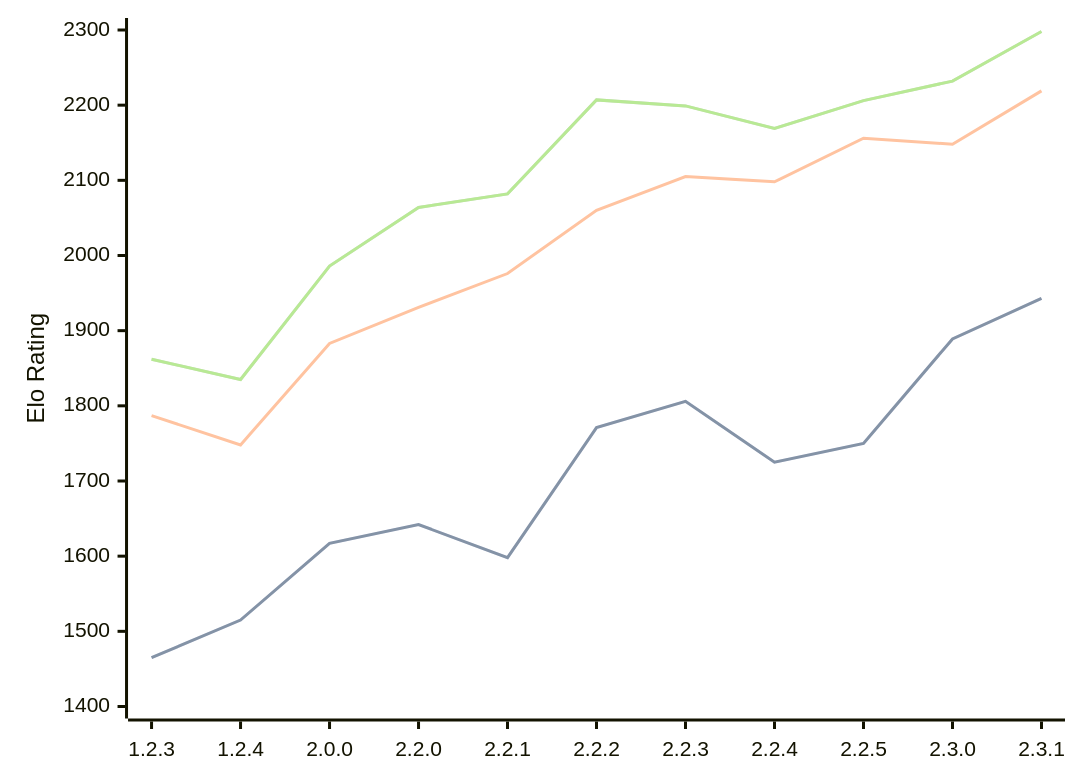
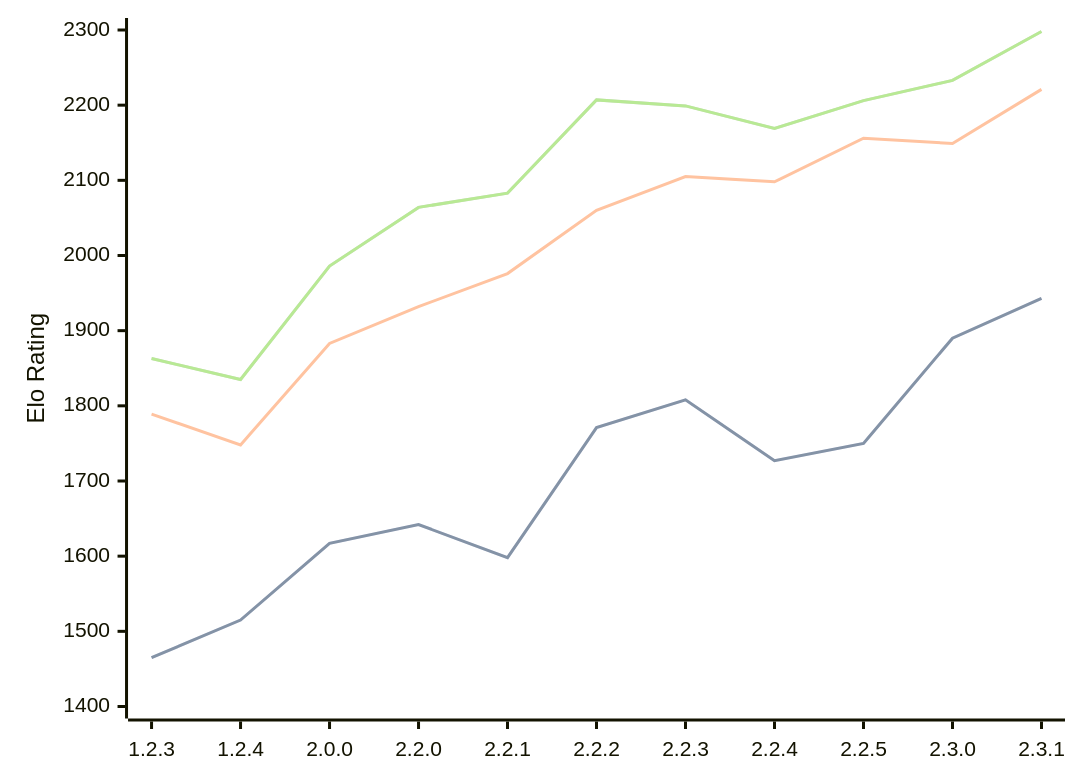
The third of 3 diagrams in engines/Kreveta.md (computer-chess-index/cci), drawn with Mermaid before and after one commit. The commit also changed other lines of this file, not shown here.

Commit message:
Update CCI Ratings (ELO VLTC) - 2026-06-23

````diff
--- a/engines/Kreveta.md
+++ b/engines/Kreveta.md
@@ -76,11 +76,11 @@
 ```mermaid
 %%{init: {"theme":"base","themeVariables":{"seriesColors:['#a3a3a3','#222221','#faa371']}}}%%
 xychart-beta
   x-axis ["1.2.3", "1.2.4", "2.0.0", "2.2.0", "2.2.1", "2.2.2", "2.2.3", "2.2.4", "2.2.5", "2.3.0", "2.3.1"]
   y-axis "Elo Rating" 1400 --> 2300
-  line "STC (8.0+0.08s)" [1465, 1515, 1617, 1642, 1598, 1771, 1806, 1725, 1750, 1889, 1943]
-  line "STC (8.0+0.08s)" [1465, 1515, 1617, 1642, 1598, 1771, 1806, 1725, 1750, 1889, 1943]
-  line "LTC (60.0+0.60s)" [1787, 1748, 1883, 1931, 1976, 2060, 2105, 2098, 2156, 2148, 2219]
-  line "VLTC (2m24s+1.12s)" [1862, 1835, 1986, 2064, 2082, 2207, 2199, 2169, 2206, 2232, 2298]
-  line "VLTC (2m24s+1.12s)" [1862, 1835, 1986, 2064, 2082, 2207, 2199, 2169, 2206, 2232, 2298]
+  line "STC (8.0+0.08s)" [1465, 1515, 1617, 1642, 1598, 1771, 1808, 1727, 1750, 1890, 1943]
+  line "STC (8.0+0.08s)" [1465, 1515, 1617, 1642, 1598, 1771, 1808, 1727, 1750, 1890, 1943]
+  line "LTC (60.0+0.60s)" [1789, 1748, 1883, 1932, 1976, 2060, 2105, 2098, 2156, 2149, 2221]
+  line "VLTC (2m24s+1.12s)" [1863, 1835, 1986, 2064, 2083, 2207, 2199, 2169, 2206, 2233, 2298]
+  line "VLTC (2m24s+1.12s)" [1863, 1835, 1986, 2064, 2083, 2207, 2199, 2169, 2206, 2233, 2298]
 ```
````
